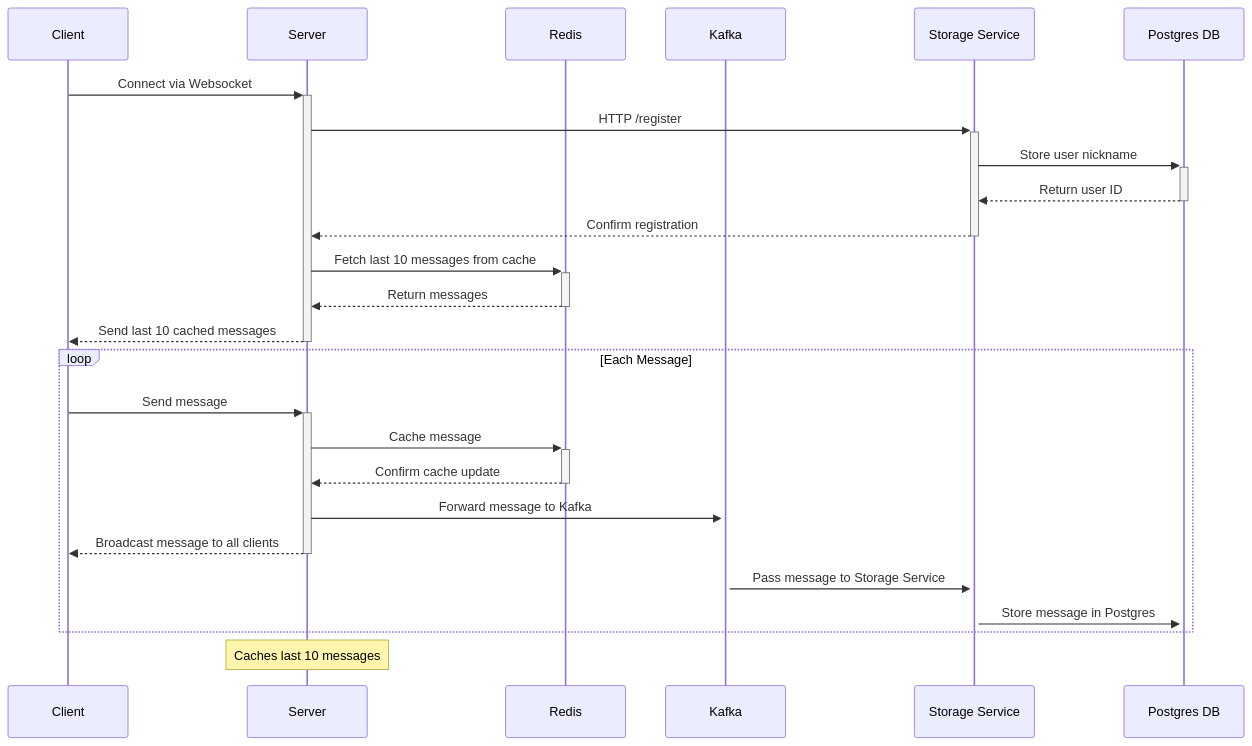
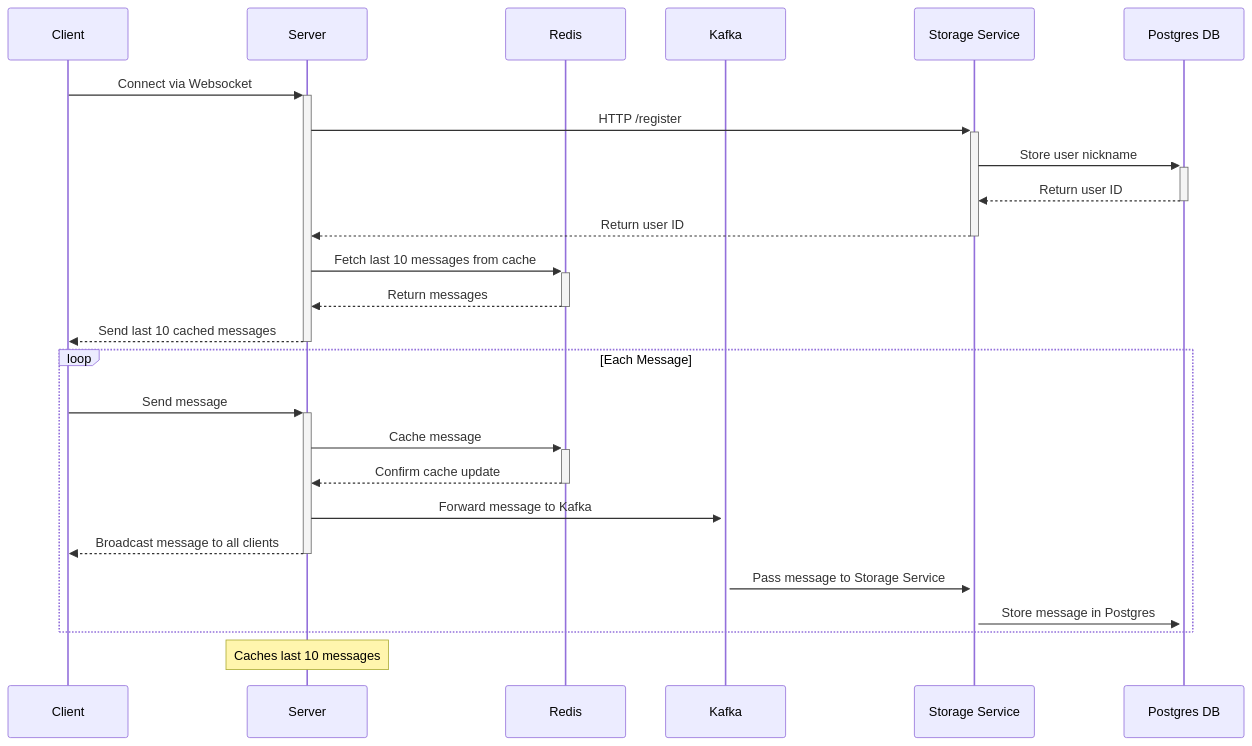
One commit to vlasashk/websocket-chat changed the diagram in README.md. Above: the diagram before and after it, drawn with Mermaid.

Commit message:
UPD: README.md

````diff
--- a/README.md
+++ b/README.md
@@ -28,30 +28,30 @@
 ```mermaid
 sequenceDiagram
     participant C as Client
     participant S as Server
     participant R as Redis
     participant K as Kafka
     participant SS as Storage Service
     participant P as Postgres DB
 
     C->>+S: Connect via Websocket
     S->>+SS: HTTP /register
     SS->>+P: Store user nickname
     P-->>-SS: Return user ID
-    SS-->>-S: Confirm registration
+    SS-->>-S: Return user ID
     S->>+R: Fetch last 10 messages from cache
     R-->>-S: Return messages
     S-->>-C: Send last 10 cached messages
 
     loop Each Message
         C->>+S: Send message
         S->>+R: Cache message
         R-->>-S: Confirm cache update
         S->>+K: Forward message to Kafka
         S-->>-C: Broadcast message to all clients
         K->>+SS: Pass message to Storage Service
         SS->>+P: Store message in Postgres
     end
 
     note over S: Caches last 10 messages
 ```
````
